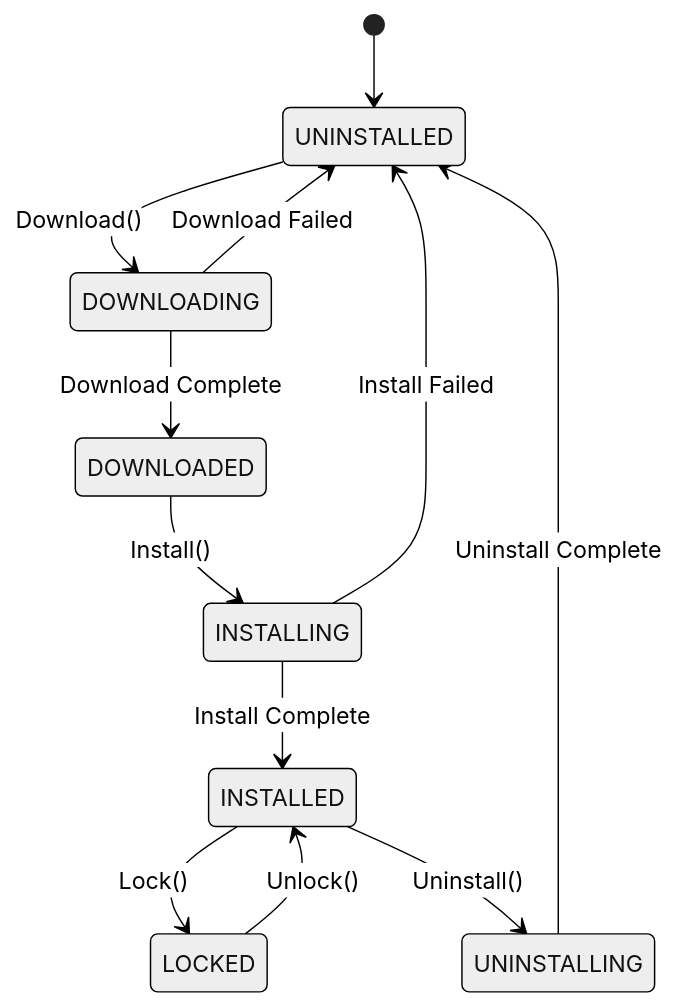
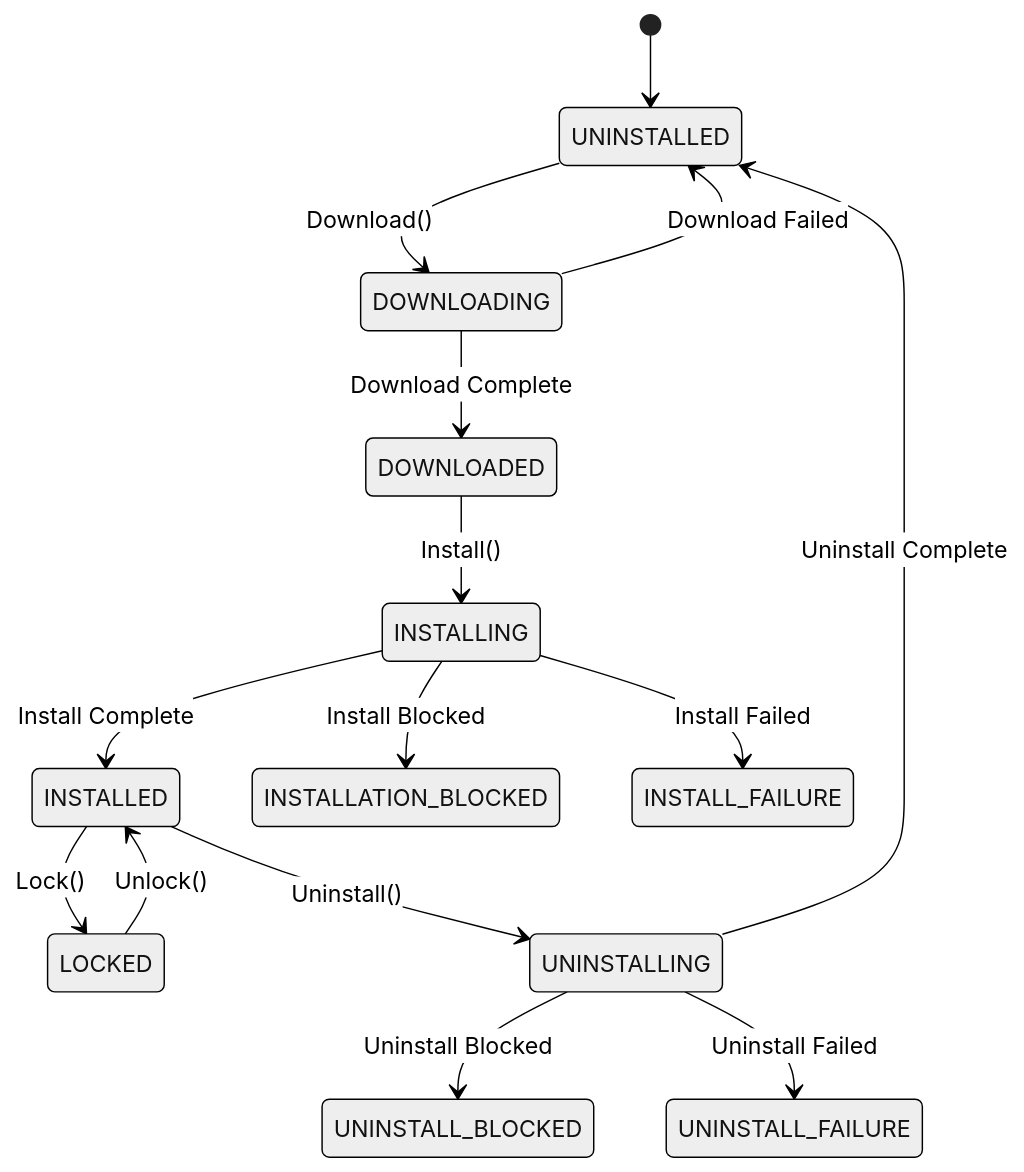
Before and after one commit to rdkcentral/entservices-appmanagers: the second of 8 diagrams in PackageManager/PackageManager.md, drawn with Mermaid (neutral theme). The commit also changed other lines of this file, not shown here.

Commit message:
Update packagemanager.md with proper enum values

````diff
--- a/PackageManager/PackageManager.md
+++ b/PackageManager/PackageManager.md
@@ -70,15 +70,18 @@
 ```mermaid
 stateDiagram-v2
     [*] --> UNINSTALLED
     UNINSTALLED --> DOWNLOADING: Download()
     DOWNLOADING --> DOWNLOADED: Download Complete
     DOWNLOADED --> INSTALLING: Install()
     INSTALLING --> INSTALLED: Install Complete
+    INSTALLING --> INSTALLATION_BLOCKED: Install Blocked
+    INSTALLING --> INSTALL_FAILURE: Install Failed
     INSTALLED --> LOCKED: Lock()
     LOCKED --> INSTALLED: Unlock()
     INSTALLED --> UNINSTALLING: Uninstall()
     UNINSTALLING --> UNINSTALLED: Uninstall Complete
-    
+    UNINSTALLING --> UNINSTALL_BLOCKED: Uninstall Blocked
+    UNINSTALLING --> UNINSTALL_FAILURE: Uninstall Failed
+
     DOWNLOADING --> UNINSTALLED: Download Failed
-    INSTALLING --> UNINSTALLED: Install Failed
 ```
````
